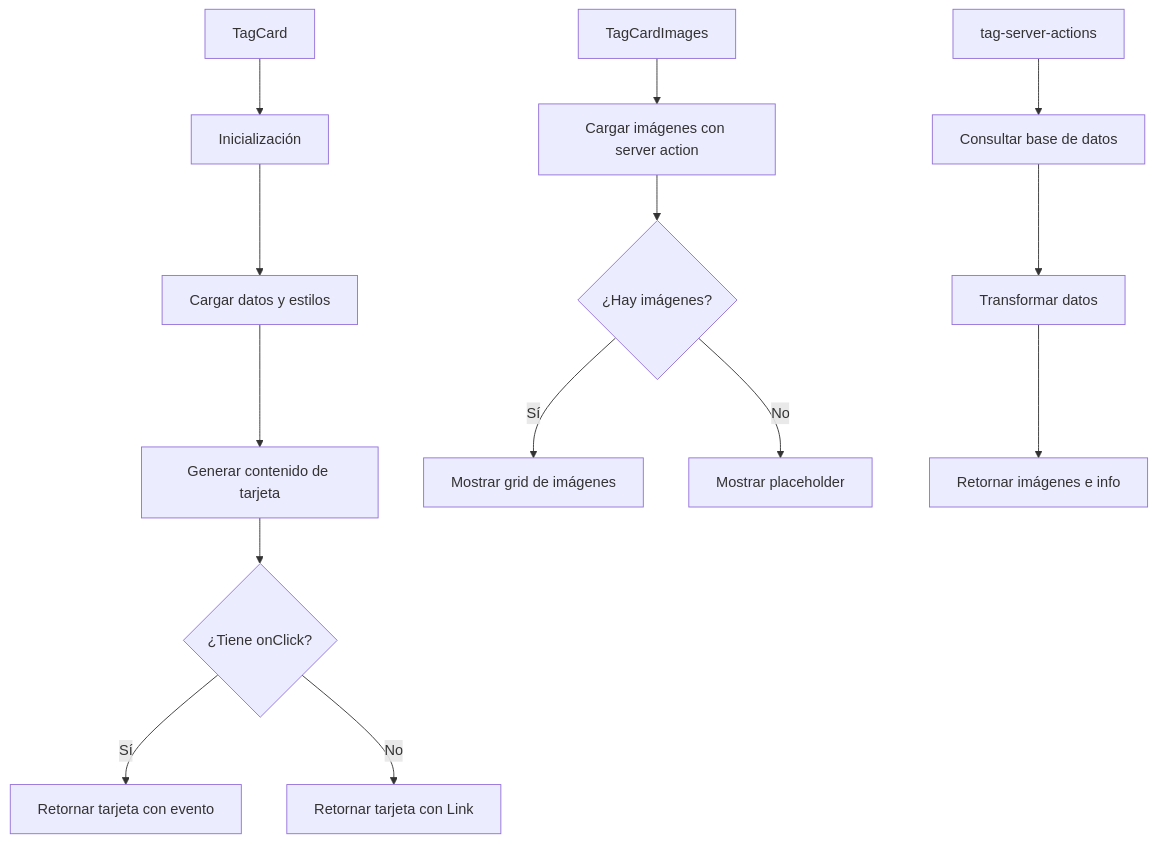
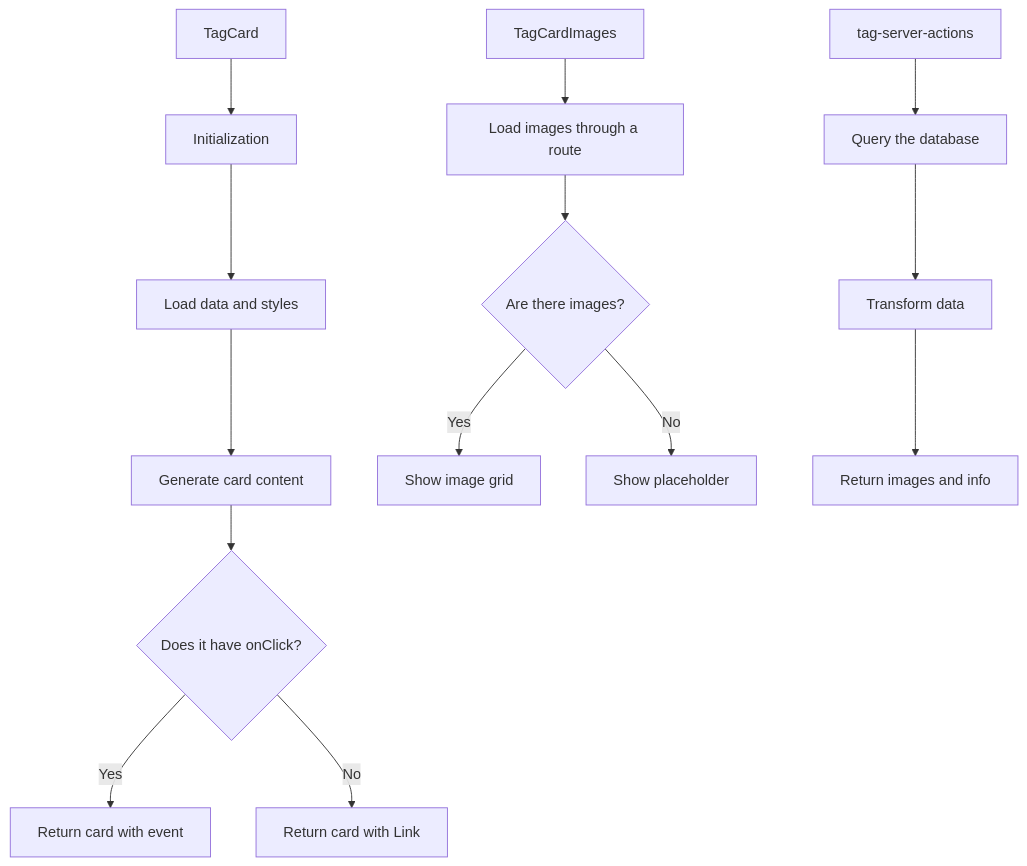
Before and after one commit to gvastethecreator/media-manager: the diagram in src/components/cards/tag-card/README.md, drawn with Mermaid. The commit also changed other lines of this file and 98 other files, not shown here.

Commit message:
docs: initialize comprehensive architectural documentation and component-level README files across the repository.

````diff
--- a/src/components/cards/tag-card/README.md
+++ b/src/components/cards/tag-card/README.md
@@ -17,18 +21,18 @@
 ```mermaid
 graph TD
-    A[TagCard] --> B[Inicialización]
-    B --> C[Cargar datos y estilos]
-    C --> D[Generar contenido de tarjeta]
-    D --> E{¿Tiene onClick?}
-    E -->|Sí| F[Retornar tarjeta con evento]
-    E -->|No| G[Retornar tarjeta con Link]
+    A[TagCard] --> B[Initialization]
+    B --> C[Load data and styles]
+    C --> D[Generate card content]
+    D --> E{Does it have onClick?}
+    E -->|Yes| F[Return card with event]
+    E -->|No| G[Return card with Link]
 
-    H[TagCardImages] --> I[Cargar imágenes con server action]
-    I --> J{¿Hay imágenes?}
-    J -->|Sí| K[Mostrar grid de imágenes]
-    J -->|No| L[Mostrar placeholder]
+    H[TagCardImages] --> I[Load images through a route]
+    I --> J{Are there images?}
+    J -->|Yes| K[Show image grid]
+    J -->|No| L[Show placeholder]
 
-    M[tag-server-actions] --> N[Consultar base de datos]
-    N --> O[Transformar datos]
-    O --> P[Retornar imágenes e info]
+    M[tag-server-actions] --> N[Query the database]
+    N --> O[Transform data]
+    O --> P[Return images and info]
 ```
````
